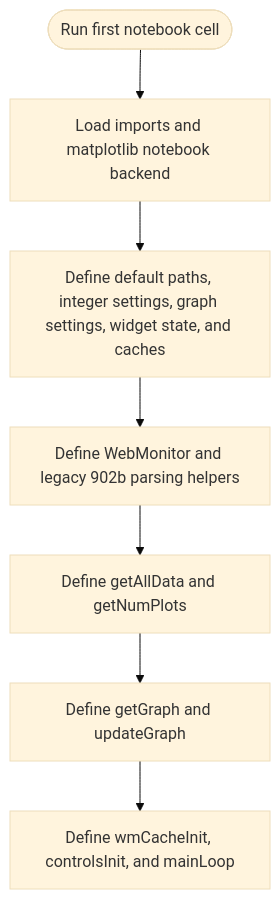
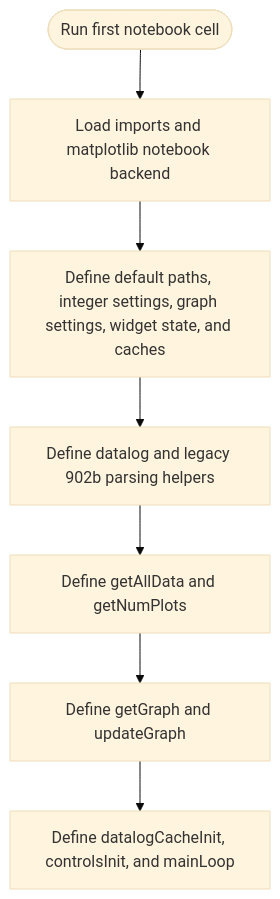
One commit to uw-loci/cbmark_logger changed the second of 4 diagrams in README.md. Above: the diagram before and after it, drawn with Mermaid (base theme). The commit also changed other lines of this file and 2 other files, not shown here.

Commit message:
Changed all webmonitor references to be datalog references

````diff
--- a/README.md
+++ b/README.md
@@ -259,9 +259,9 @@
 ```mermaid
 flowchart TD
     Start([Run first notebook cell]) --> Imports[Load imports and matplotlib notebook backend]
     Imports --> Settings[Define default paths, integer settings, graph settings, widget state, and caches]
-    Settings --> Parsers[Define WebMonitor and legacy 902b parsing helpers]
+    Settings --> Parsers[Define datalog and legacy 902b parsing helpers]
     Parsers --> DataHelpers[Define getAllData and getNumPlots]
     DataHelpers --> GraphHelpers[Define getGraph and updateGraph]
-    GraphHelpers --> LiveHelpers[Define wmCacheInit, controlsInit, and mainLoop]
+    GraphHelpers --> LiveHelpers[Define datalogCacheInit, controlsInit, and mainLoop]
 ```
````
